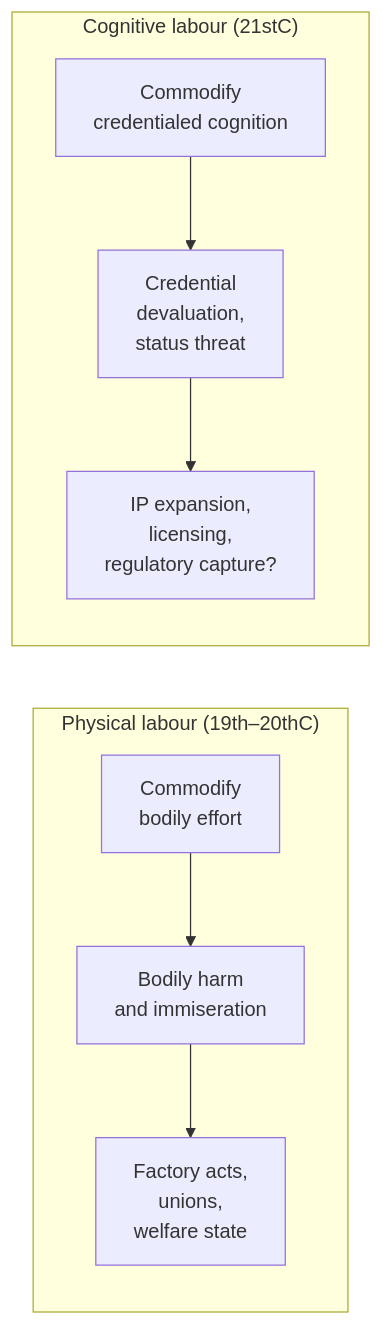
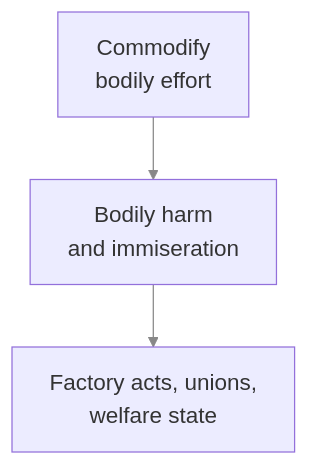
Before and after one commit to JonMinton/edinburgh-humanists-ai-talk: the first of 2 diagrams in slides/presentation.qmd, drawn with Mermaid. The commit also changed other lines of this file, not shown here.

Commit message:
Fix physical/cognitive-labour diagram: side-by-side and high contrast
Two issues with the previous single-mermaid block: the renderer was
stacking the two subgraphs vertically rather than side-by-side, and
the default mermaid colour scheme rendered with poor contrast against
the dark slide theme.

Split into two mermaid diagrams placed in a Quarto two-column layout
so side-by-side is guaranteed regardless of mermaid auto-layout, and
add an init directive to each diagram setting white fill, near-black
text, dark borders and grey arrows for high contrast on the dark
slide background. Bump font size to 18px for readability.

````diff
--- a/slides/presentation.qmd
+++ b/slides/presentation.qmd
@@ -551,14 +555,6 @@
 ```{mermaid}
-%%| fig-align: center
-flowchart LR
-    subgraph Physical["Physical labour (19th–20thC)"]
-        direction TB
-        P1["Commodify<br/>bodily effort"] --> P2["Bodily harm<br/>and immiseration"]
-        P2 --> P3["Factory acts,<br/>unions,<br/>welfare state"]
-    end
-    subgraph Cognitive["Cognitive labour (21stC)"]
-        direction TB
-        C1["Commodify<br/>credentialed cognition"] --> C2["Credential<br/>devaluation,<br/>status threat"]
-        C2 --> C3["IP expansion,<br/>licensing,<br/>regulatory capture?"]
-    end
+%%{init: {'theme':'default', 'themeVariables': {'fontSize': '18px', 'primaryColor': '#ffffff', 'primaryTextColor': '#111111', 'primaryBorderColor': '#333333', 'lineColor': '#888888'}}}%%
+flowchart TB
+    P1["Commodify<br/>bodily effort"] --> P2["Bodily harm<br/>and immiseration"]
+    P2 --> P3["Factory acts, unions,<br/>welfare state"]
 ```
````
